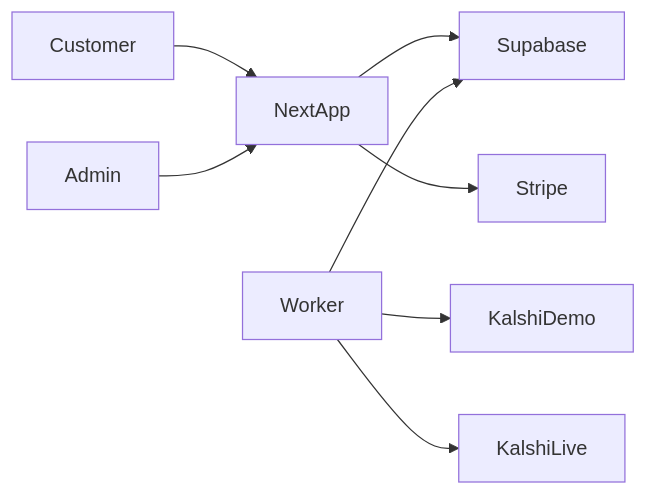
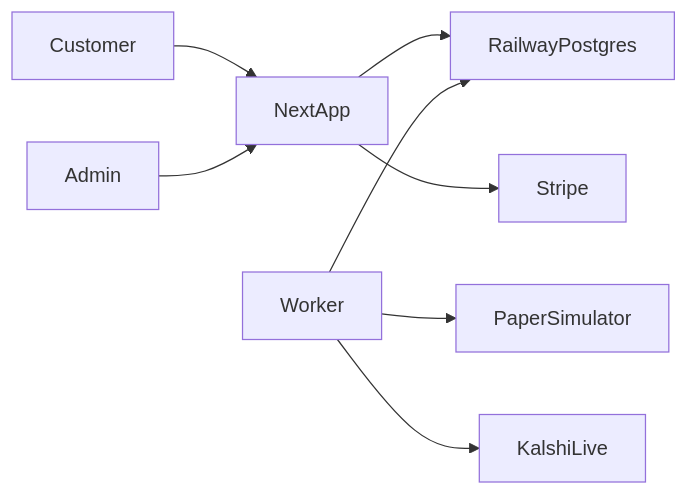
The diagram in docs/ARCHITECTURE.md (meszaroszack/Dopealkshi), drawn with Mermaid before and after one commit. The commit also changed other lines of this file and 20 other files, not shown here.

First line of the commit message:
Simulate paper orders against the live Kalshi tape.

````diff
--- a/docs/ARCHITECTURE.md
+++ b/docs/ARCHITECTURE.md
@@ -9,18 +7,18 @@
 ```mermaid
 flowchart LR
   customer[Customer]
   admin[Admin]
   web[NextApp]
   worker[Worker]
-  db[Supabase]
-  demo[KalshiDemo]
+  db[RailwayPostgres]
+  paper[PaperSimulator]
   prod[KalshiLive]
   stripe[Stripe]
   customer --> web
   admin --> web
   web --> db
   web --> stripe
   worker --> db
-  worker --> demo
+  worker --> paper
   worker --> prod
 ```
````
